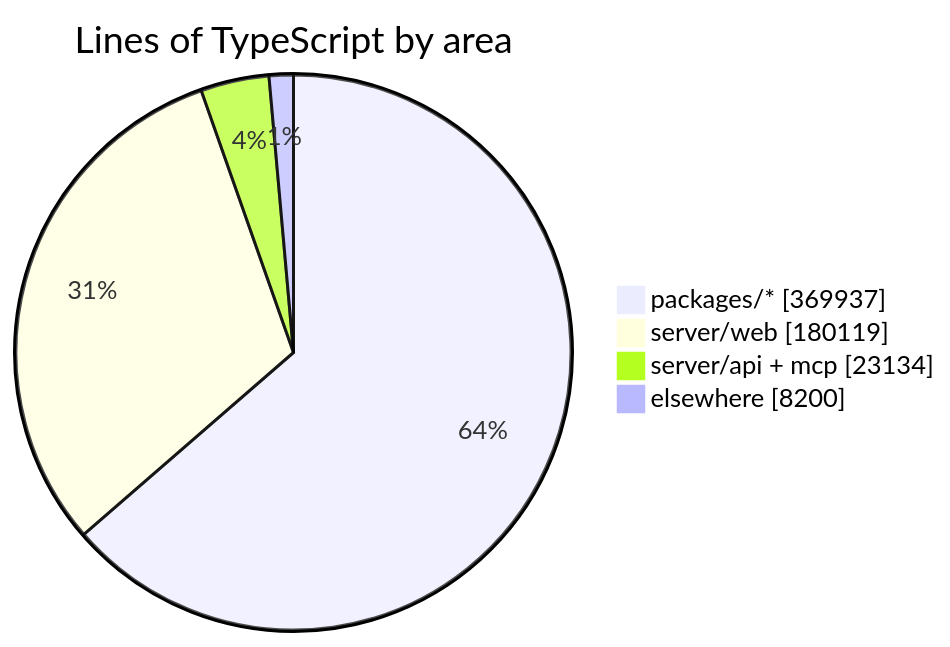
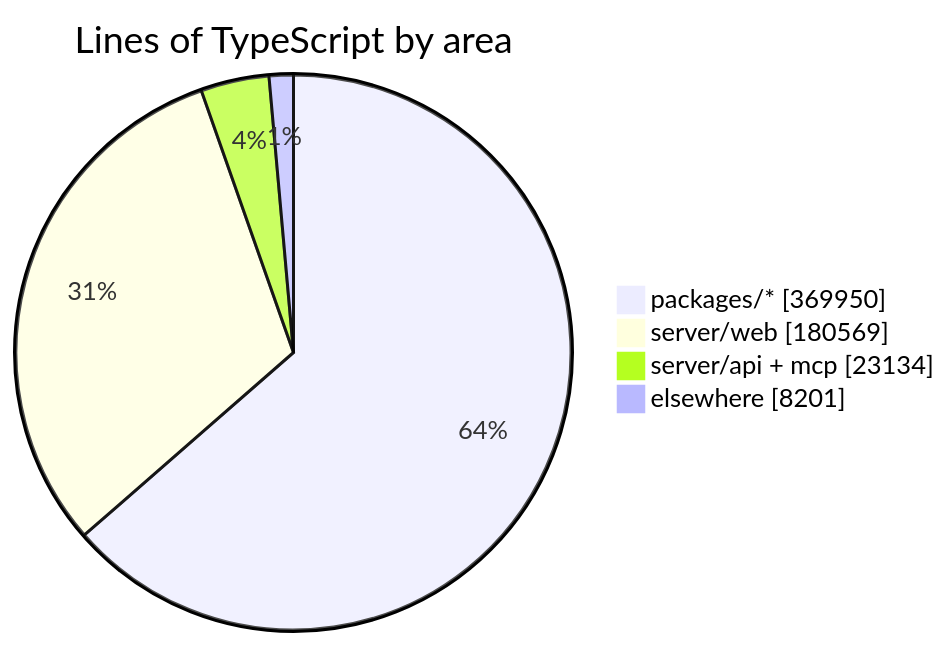
Before and after one commit to crossworks-engineering/mantle: the diagram in README.md, drawn with Mermaid. The commit also changed other lines of this file and 2 other files, not shown here.

````diff
--- a/README.md
+++ b/README.md
@@ -294,7 +294,7 @@
 ```mermaid
 pie showData title Lines of TypeScript by area
-    "packages/*" : 369937
-    "server/web" : 180119
+    "packages/*" : 369950
+    "server/web" : 180569
     "server/api + mcp" : 23134
-    "elsewhere" : 8200
+    "elsewhere" : 8201
 ```
````
